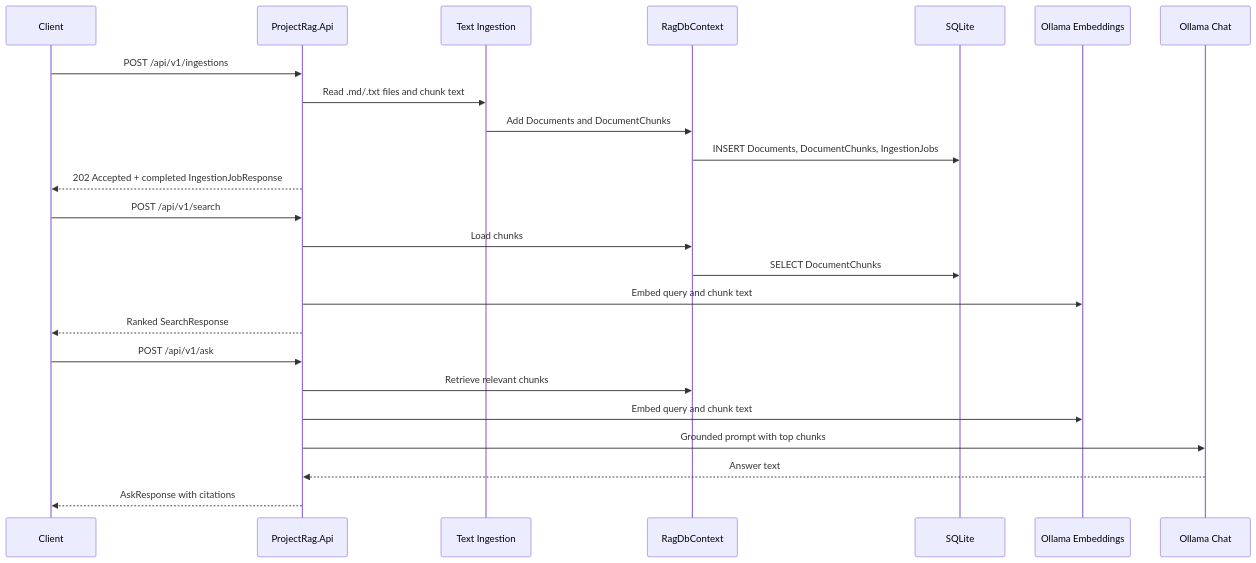
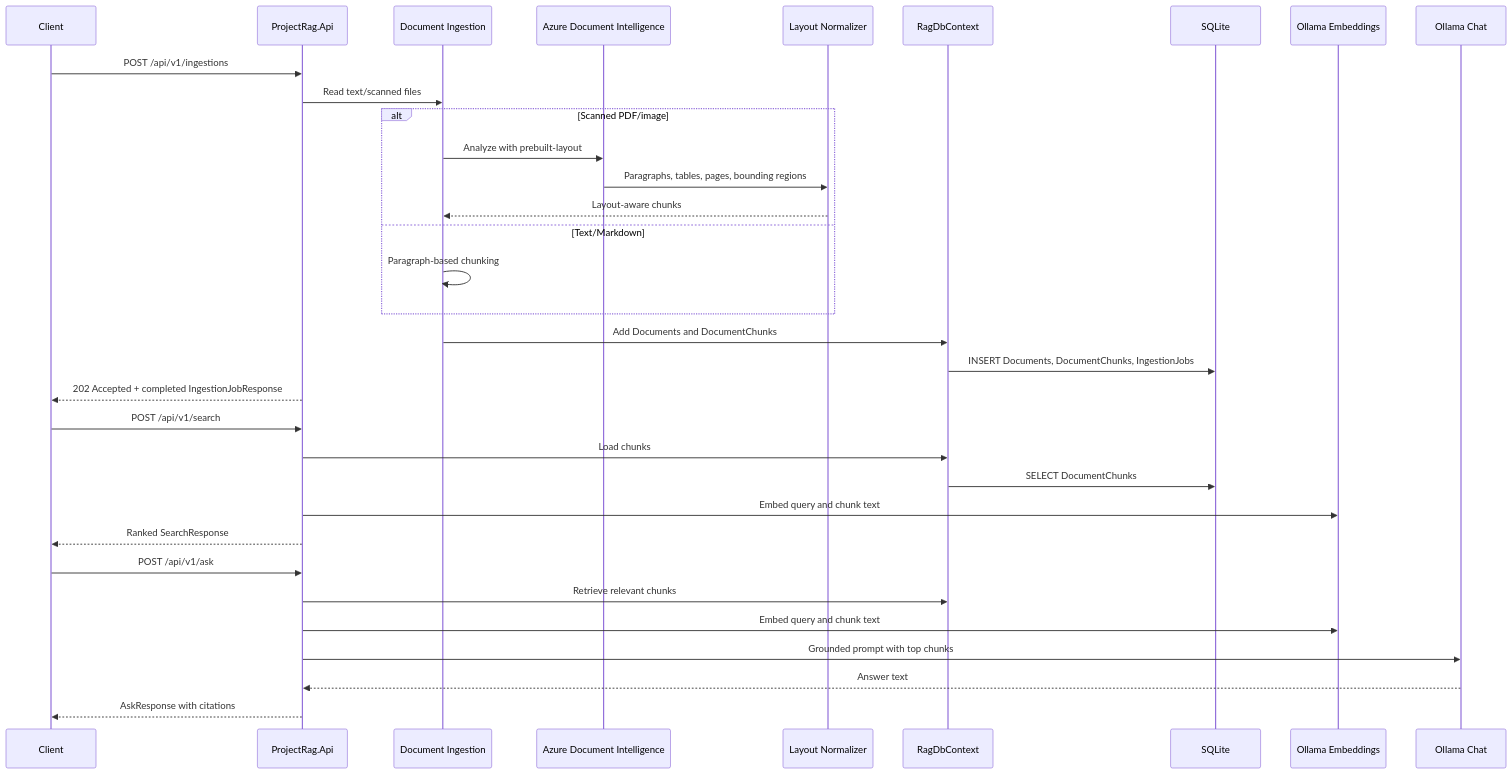
Before and after one commit to RegainFlow/ProjectRag: the third of 3 diagrams in docs/ARCHITECTURE.md, drawn with Mermaid. The commit also changed other lines of this file and 44 other files, not shown here.

Commit message:
feat(phase3): added layout aware rag capabilities

````diff
--- a/docs/ARCHITECTURE.md
+++ b/docs/ARCHITECTURE.md
@@ -179,29 +203,38 @@
 ```mermaid
 sequenceDiagram
     participant Client
     participant API as ProjectRag.Api
-    participant Ingest as Text Ingestion
+    participant Ingest as Document Ingestion
+    participant Extract as Azure Document Intelligence
+    participant Normalize as Layout Normalizer
     participant EF as RagDbContext
     participant DB as SQLite
     participant Embed as Ollama Embeddings
     participant Chat as Ollama Chat
 
     Client->>API: POST /api/v1/ingestions
-    API->>Ingest: Read .md/.txt files and chunk text
+    API->>Ingest: Read text/scanned files
+    alt Scanned PDF/image
+        Ingest->>Extract: Analyze with prebuilt-layout
+        Extract->>Normalize: Paragraphs, tables, pages, bounding regions
+        Normalize-->>Ingest: Layout-aware chunks
+    else Text/Markdown
+        Ingest->>Ingest: Paragraph-based chunking
+    end
     Ingest->>EF: Add Documents and DocumentChunks
     EF->>DB: INSERT Documents, DocumentChunks, IngestionJobs
     API-->>Client: 202 Accepted + completed IngestionJobResponse
 
     Client->>API: POST /api/v1/search
     API->>EF: Load chunks
     EF->>DB: SELECT DocumentChunks
     API->>Embed: Embed query and chunk text
     API-->>Client: Ranked SearchResponse
 
     Client->>API: POST /api/v1/ask
     API->>EF: Retrieve relevant chunks
     API->>Embed: Embed query and chunk text
     API->>Chat: Grounded prompt with top chunks
     Chat-->>API: Answer text
     API-->>Client: AskResponse with citations
 ```
````
